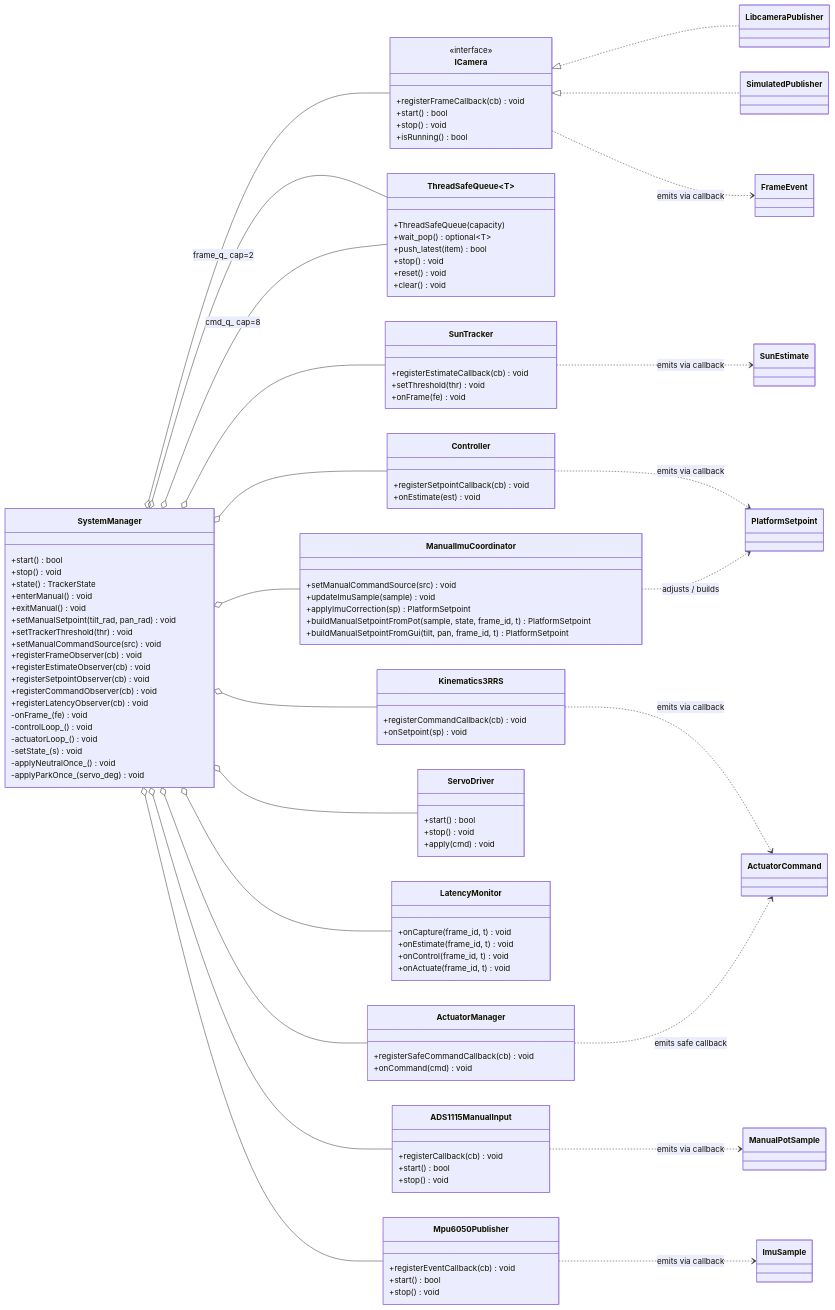
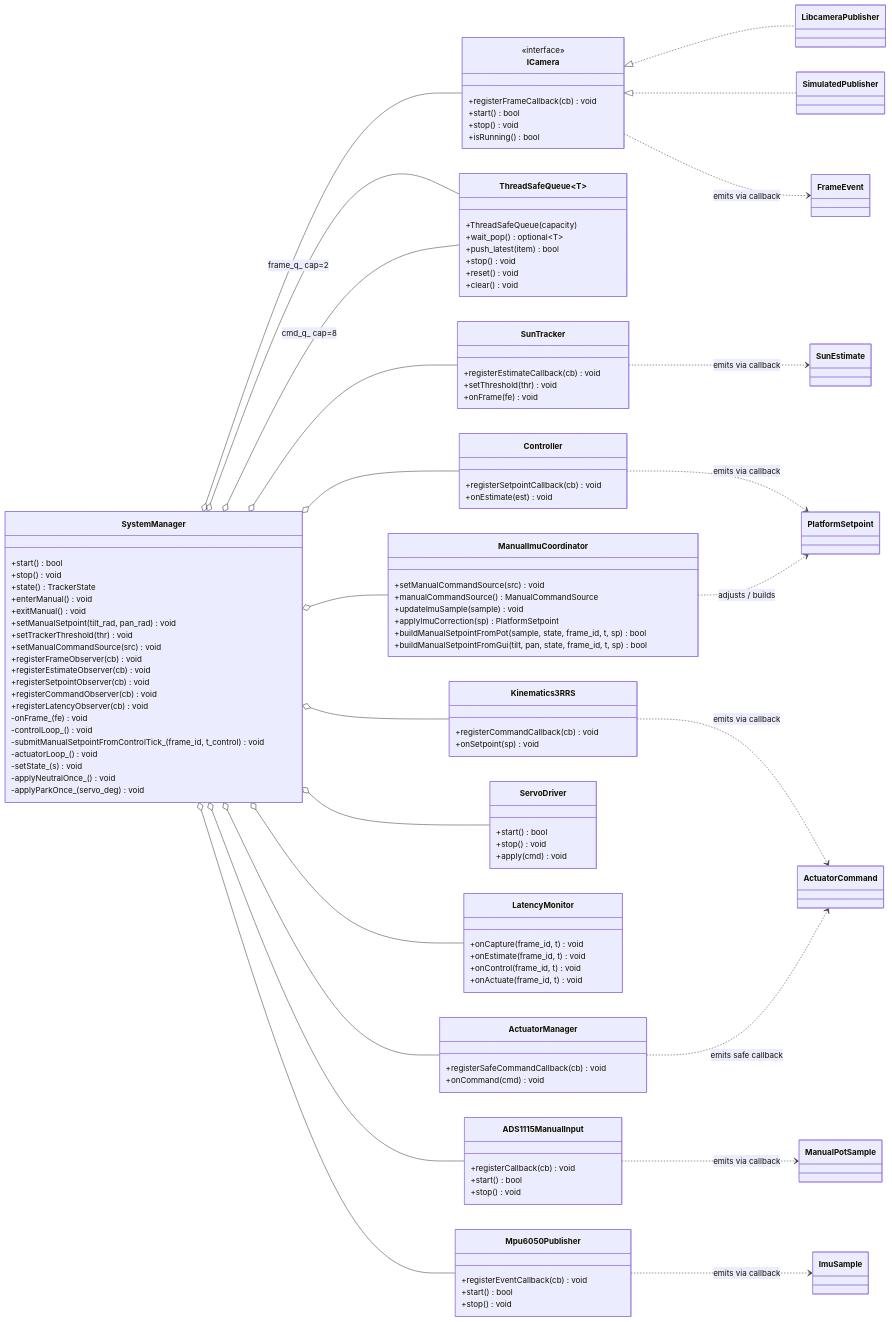
Before and after one commit to fadihalteh/sun2: the first of 5 diagrams in docs/system_architecture.md, drawn with Mermaid. The commit also changed other lines of this file and 6 other files, not shown here.

```diff
--- a/docs/system_architecture.md
+++ b/docs/system_architecture.md
@@ -61,6 +70,7 @@
   +registerLatencyObserver(cb) void
   -onFrame_(fe) void
   -controlLoop_() void
+  -submitManualSetpointFromControlTick_(frame_id, t_control) void
   -actuatorLoop_() void
   -setState_(s) void
   -applyNeutralOnce_() void
@@ -125,10 +135,11 @@
 
 class ManualImuCoordinator {
   +setManualCommandSource(src) void
+  +manualCommandSource() ManualCommandSource
   +updateImuSample(sample) void
   +applyImuCorrection(sp) PlatformSetpoint
-  +buildManualSetpointFromPot(sample, state, frame_id, t) PlatformSetpoint
-  +buildManualSetpointFromGui(tilt, pan, frame_id, t) PlatformSetpoint
+  +buildManualSetpointFromPot(sample, state, frame_id, t, sp) bool
+  +buildManualSetpointFromGui(tilt, pan, state, frame_id, t, sp) bool
 }
 
 class ADS1115ManualInput {
```
